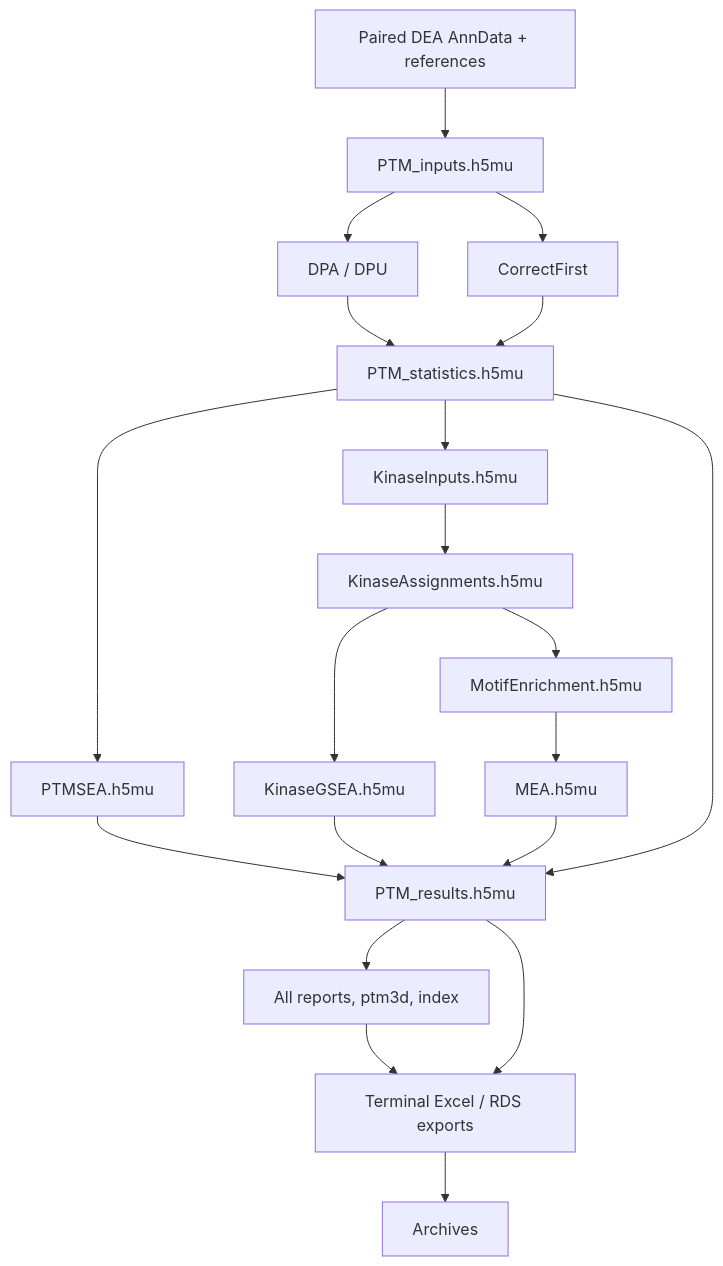
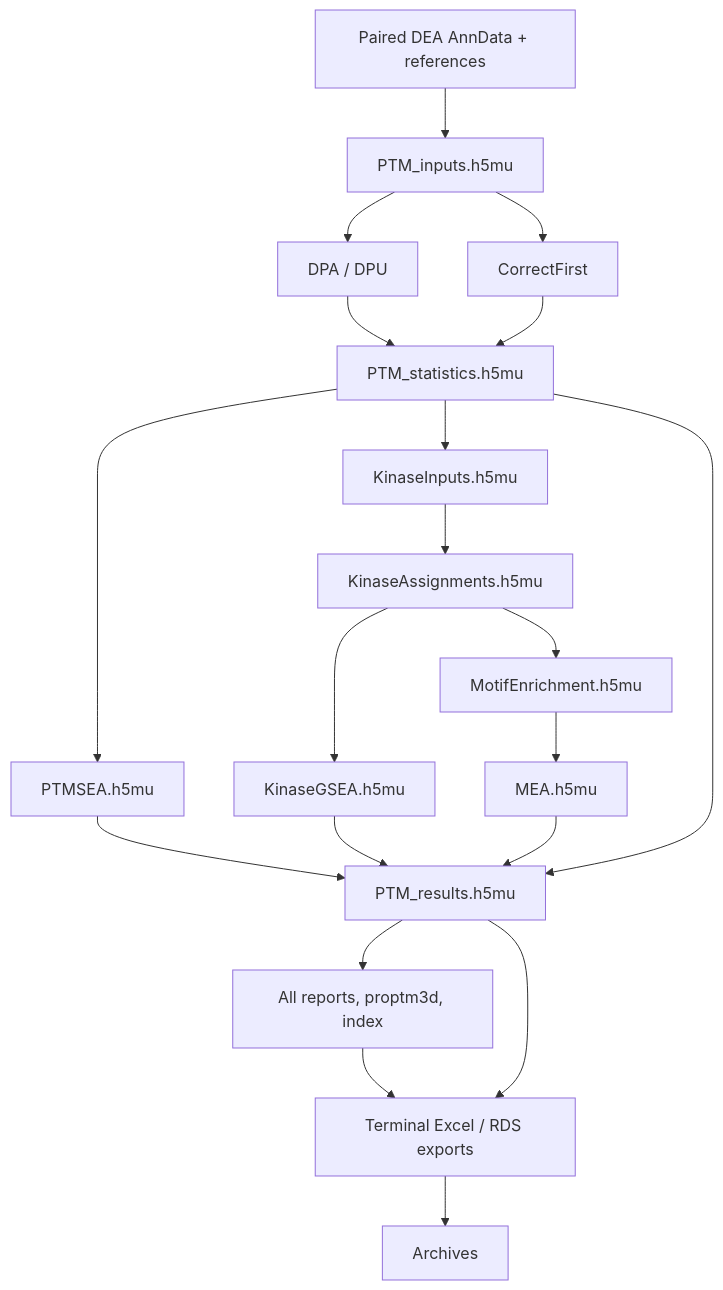
Before and after one commit to wolski/ptm-pipeline: the diagram in docs/index.md, drawn with Mermaid. The commit also changed other lines of this file and 7 other files, not shown here.

````diff
--- a/docs/index.md
+++ b/docs/index.md
@@ -53,22 +53,22 @@
 ```mermaid
 flowchart TB
     DEA["Paired DEA AnnData + references"] --> INPUT["PTM_inputs.h5mu"]
     INPUT --> DPA["DPA / DPU"]
     INPUT --> CF["CorrectFirst"]
     DPA --> STATS["PTM_statistics.h5mu"]
     CF --> STATS
     STATS --> SEA["PTMSEA.h5mu"]
     STATS --> PREP["KinaseInputs.h5mu"]
     PREP --> ASSIGN["KinaseAssignments.h5mu"]
     ASSIGN --> GSEA["KinaseGSEA.h5mu"]
     ASSIGN --> MOTIF["MotifEnrichment.h5mu"]
     MOTIF --> MEA["MEA.h5mu"]
     SEA --> FINAL["PTM_results.h5mu"]
     GSEA --> FINAL
     MEA --> FINAL
     STATS --> FINAL
-    FINAL --> REPORTS["All reports, ptm3d, index"]
+    FINAL --> REPORTS["All reports, proptm3d, index"]
     REPORTS --> EXPORT["Terminal Excel / RDS exports"]
     FINAL --> EXPORT
     EXPORT --> ZIP["Archives"]
 ```
````
